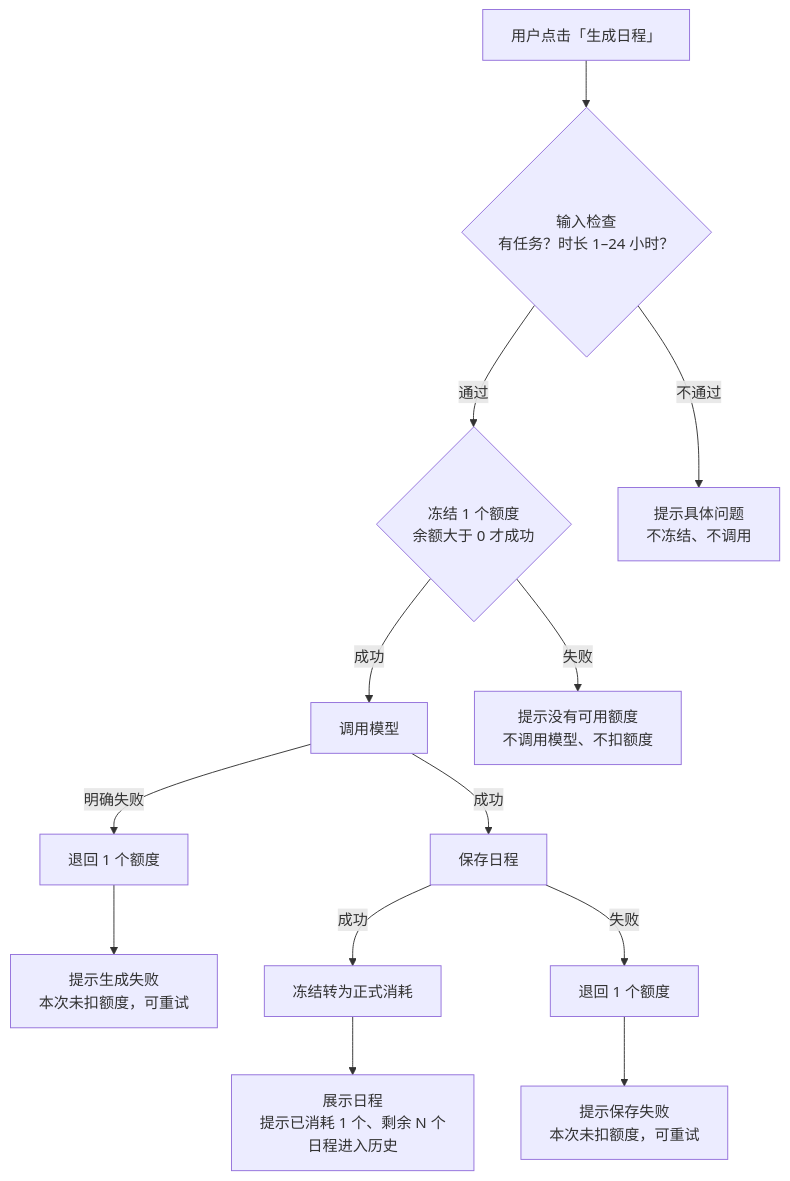
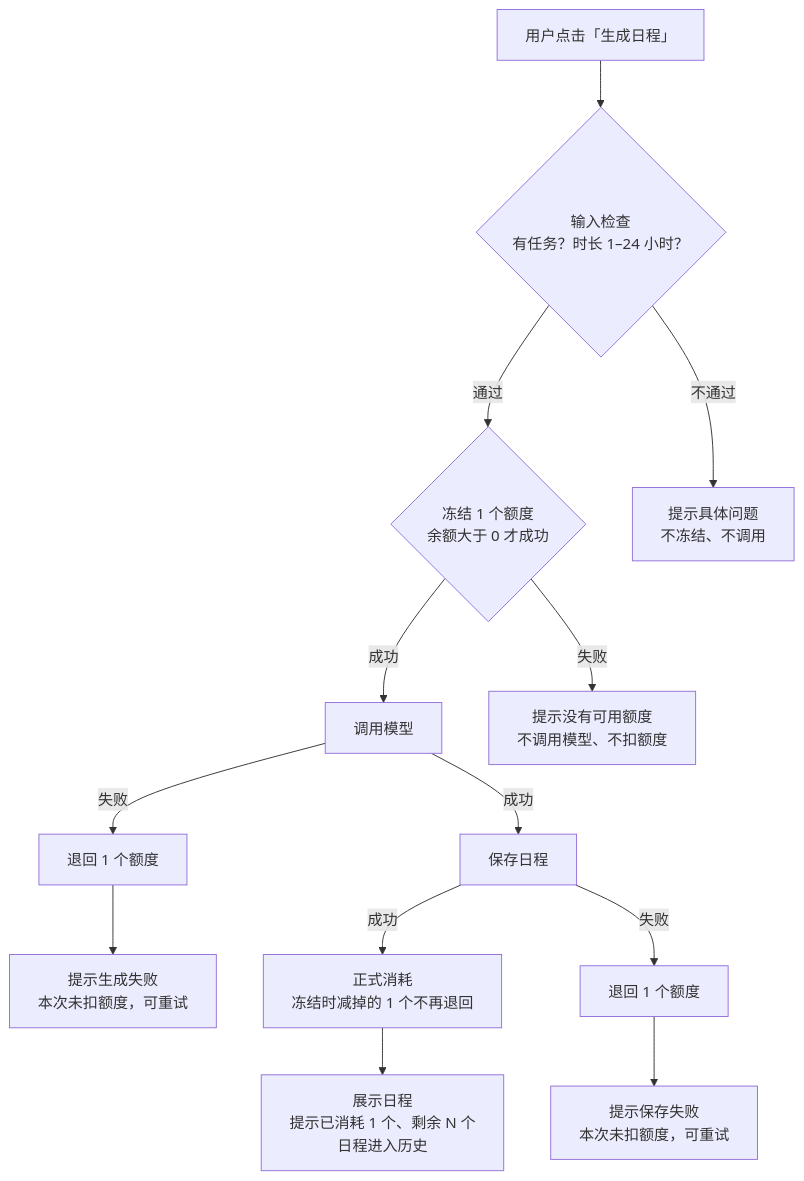
Before and after one commit to Wu030616/task-planner-interview: the second of 3 diagrams in docs/product/01-solution.md, drawn with Mermaid. The commit also changed other lines of this file and 15 other files, not shown here.

````diff
--- a/docs/product/01-solution.md
+++ b/docs/product/01-solution.md
@@ -85,15 +95,15 @@
 ```mermaid
 flowchart TD
     A[用户点击「生成日程」] --> B{输入检查<br/>有任务？时长 1–24 小时？}
     B -- 通过 --> C{冻结 1 个额度<br/>余额大于 0 才成功}
     B -- 不通过 --> B1[提示具体问题<br/>不冻结、不调用]
     C -- 成功 --> D[调用模型]
     C -- 失败 --> C1[提示没有可用额度<br/>不调用模型、不扣额度]
     D -- 成功 --> F[保存日程]
-    D -- 明确失败 --> E[退回 1 个额度]
+    D -- 失败 --> E[退回 1 个额度]
     E --> E1[提示生成失败<br/>本次未扣额度，可重试]
-    F -- 成功 --> H[冻结转为正式消耗]
+    F -- 成功 --> H[正式消耗<br/>冻结时减掉的 1 个不再退回]
     F -- 失败 --> G[退回 1 个额度]
     G --> G1[提示保存失败<br/>本次未扣额度，可重试]
     H --> H1[展示日程<br/>提示已消耗 1 个、剩余 N 个<br/>日程进入历史]
 ```
````
